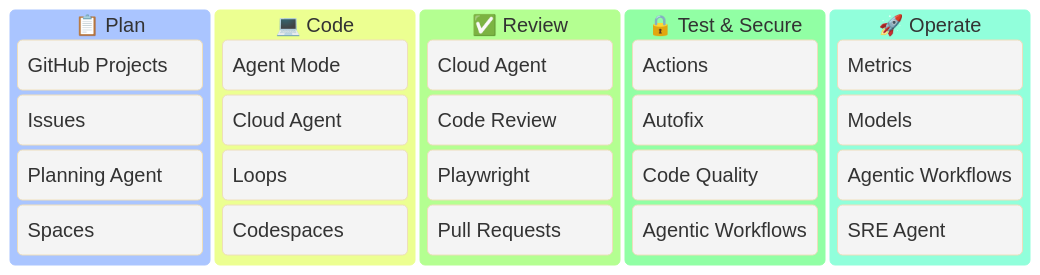
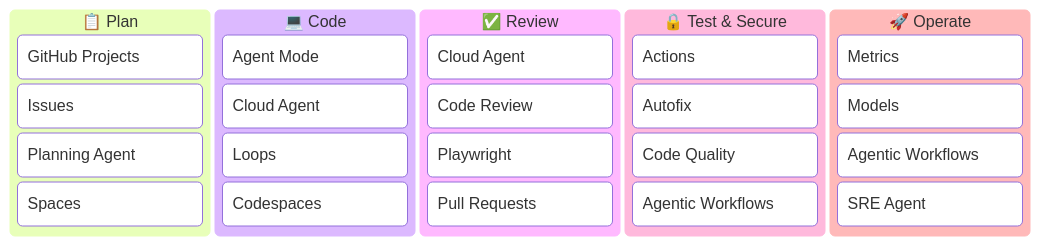
The second of 3 diagrams in src/content/glossary/github.md (theomonfort/theomonfort), drawn with Mermaid before and after one commit. The commit also changed other lines of this file and 10 other files, not shown here.

````diff
--- a/src/content/glossary/github.md
+++ b/src/content/glossary/github.md
@@ -78,36 +55,28 @@
 ```mermaid
----
-config:
-  theme: base
-  themeVariables:
-    fontSize: "20px"
-  themeCSS: |
-    .nodeLabel, .label, text { color: #e8f4ff !important; fill: #e8f4ff !important; font-family: 'Noto Sans JP', sans-serif !important; }
----
 kanban
   PLAN[📋 Plan]
-    GitHub Projects
-    Issues
-    Planning Agent
-    Spaces
+    plan_projects[GitHub Projects]
+    plan_issues[Issues]
+    plan_agent[Planning Agent]
+    plan_spaces[Spaces]
   CODE[💻 Code]
-    Agent Mode
-    Cloud Agent
-    Loops
-    Codespaces
+    code_agent_mode[Agent Mode]
+    code_cloud_agent[Cloud Agent]
+    code_loops[Loops]
+    code_codespaces[Codespaces]
   REVIEW[✅ Review]
-    Cloud Agent
-    Code Review
-    Playwright
-    Pull Requests
+    review_cloud_agent[Cloud Agent]
+    review_code_review[Code Review]
+    review_playwright[Playwright]
+    review_pr[Pull Requests]
   TEST[🔒 Test & Secure]
-    Actions
-    Autofix
-    Code Quality
-    Agentic Workflows
+    test_actions[Actions]
+    test_autofix[Autofix]
+    test_quality[Code Quality]
+    test_workflows[Agentic Workflows]
   OPS[🚀 Operate]
-    Metrics
-    Models
-    Agentic Workflows
-    SRE Agent
+    ops_metrics[Metrics]
+    ops_models[Models]
+    ops_workflows[Agentic Workflows]
+    ops_sre[SRE Agent]
 ```
````
